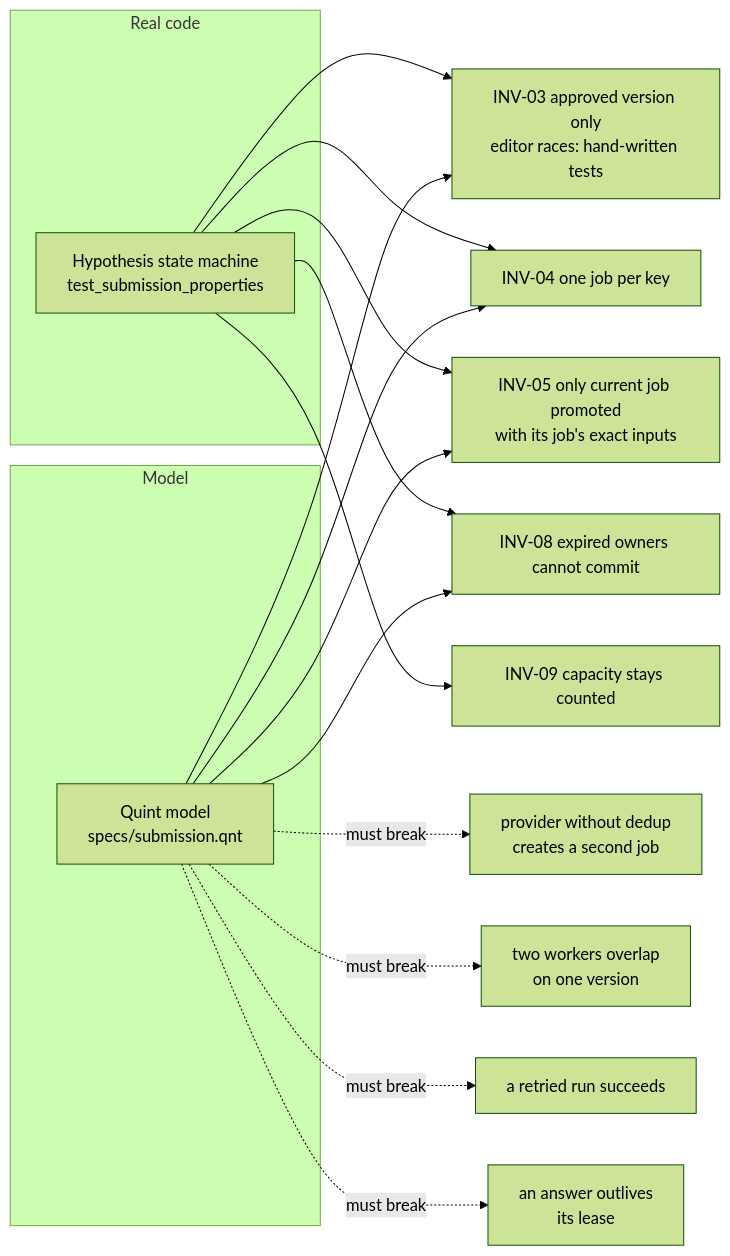
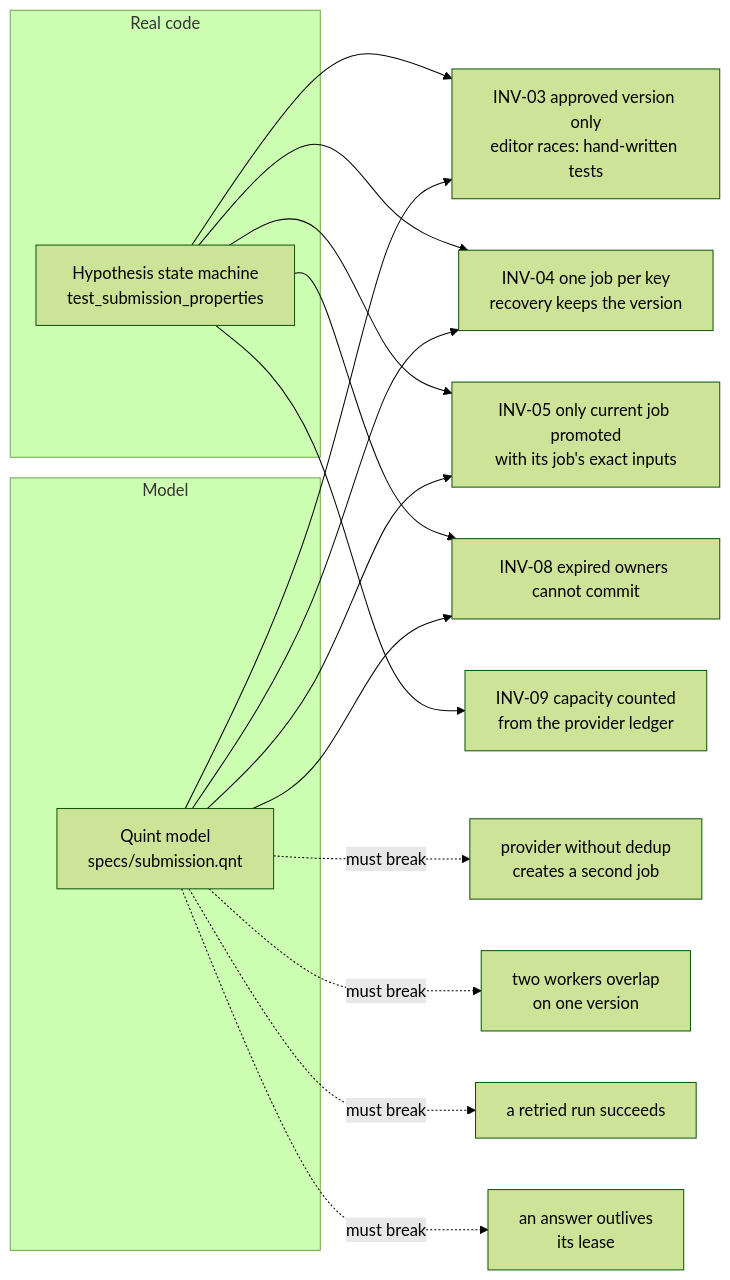
Diagram 11 of 11 in docs/diagrams.md (woolnerd/media-qc-agent), drawn with Mermaid (forest theme) before and after one commit. The commit also changed 4 other files, not shown here.

````diff
--- a/docs/diagrams.md
+++ b/docs/diagrams.md
@@ -374,22 +374,22 @@
 ```mermaid
 flowchart LR
     subgraph Real code
         H[Hypothesis state machine<br/>test_submission_properties]
     end
     subgraph Model
         Q[Quint model<br/>specs/submission.qnt]
     end
     H --> I3[INV-03 approved version only<br/>editor races: hand-written tests]
-    H --> I4[INV-04 one job per key]
+    H --> I4[INV-04 one job per key<br/>recovery keeps the version]
     H --> I5[INV-05 only current job promoted<br/>with its job's exact inputs]
     H --> I8[INV-08 expired owners cannot commit]
-    H --> I9[INV-09 capacity stays counted]
+    H --> I9[INV-09 capacity counted<br/>from the provider ledger]
     Q --> I3
     Q --> I4
     Q --> I5
     Q --> I8
     Q -. must break .-> W1[provider without dedup<br/>creates a second job]
     Q -. must break .-> W2[two workers overlap<br/>on one version]
     Q -. must break .-> W3[a retried run succeeds]
     Q -. must break .-> W4[an answer outlives<br/>its lease]
 ```
````
